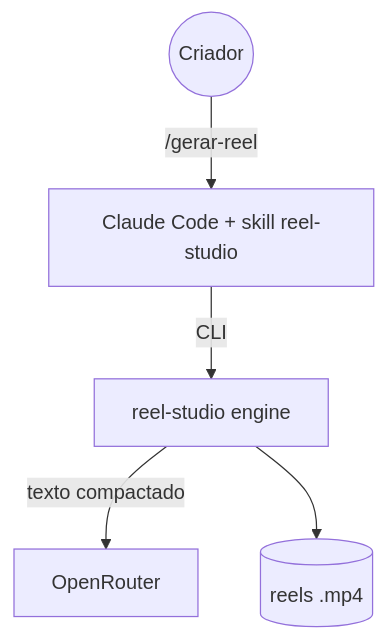
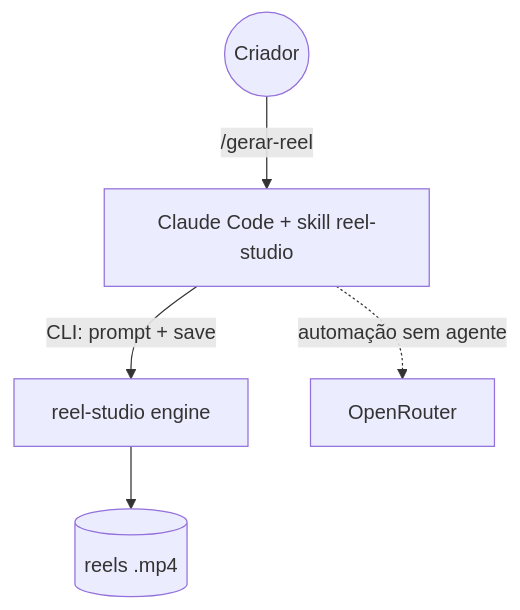
Before and after one commit to nathanramorim/reel-studio: the first of 2 diagrams in sdd/spec/overview.md, drawn with Mermaid. The commit also changed other lines of this file and 19 other files, not shown here.

First line of the commit message:
feat: gerar cortes e roteiro pelo agente, sem OpenRouter dentro do Claude Code

````diff
--- a/sdd/spec/overview.md
+++ b/sdd/spec/overview.md
@@ -18,7 +18,7 @@
 ```mermaid
 graph TB
   User((Criador)) -->|"/gerar-reel"| Claude[Claude Code + skill reel-studio]
-  Claude -->|CLI| Engine[reel-studio engine]
-  Engine -->|texto compactado| LLM[OpenRouter]
+  Claude -->|CLI: prompt + save| Engine[reel-studio engine]
+  Claude -.->|"automação sem agente"| LLM[OpenRouter]
   Engine --> Out[(reels .mp4)]
 ```
````
